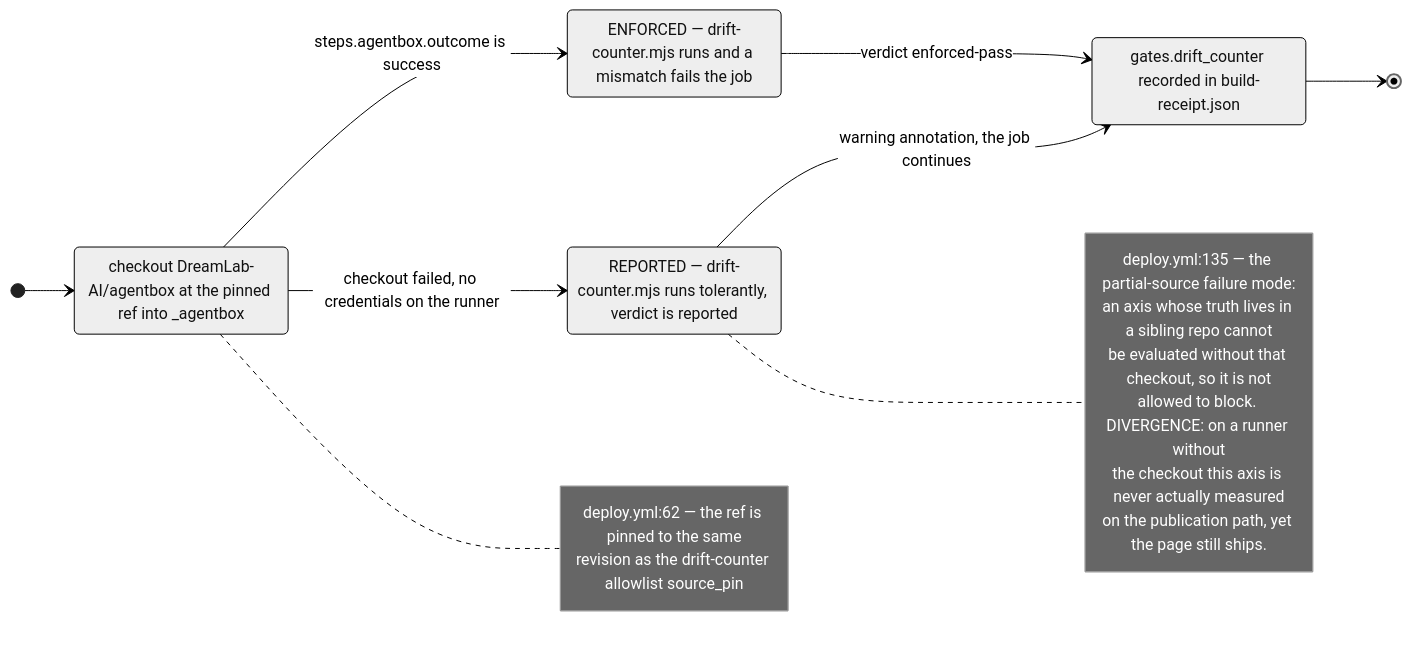
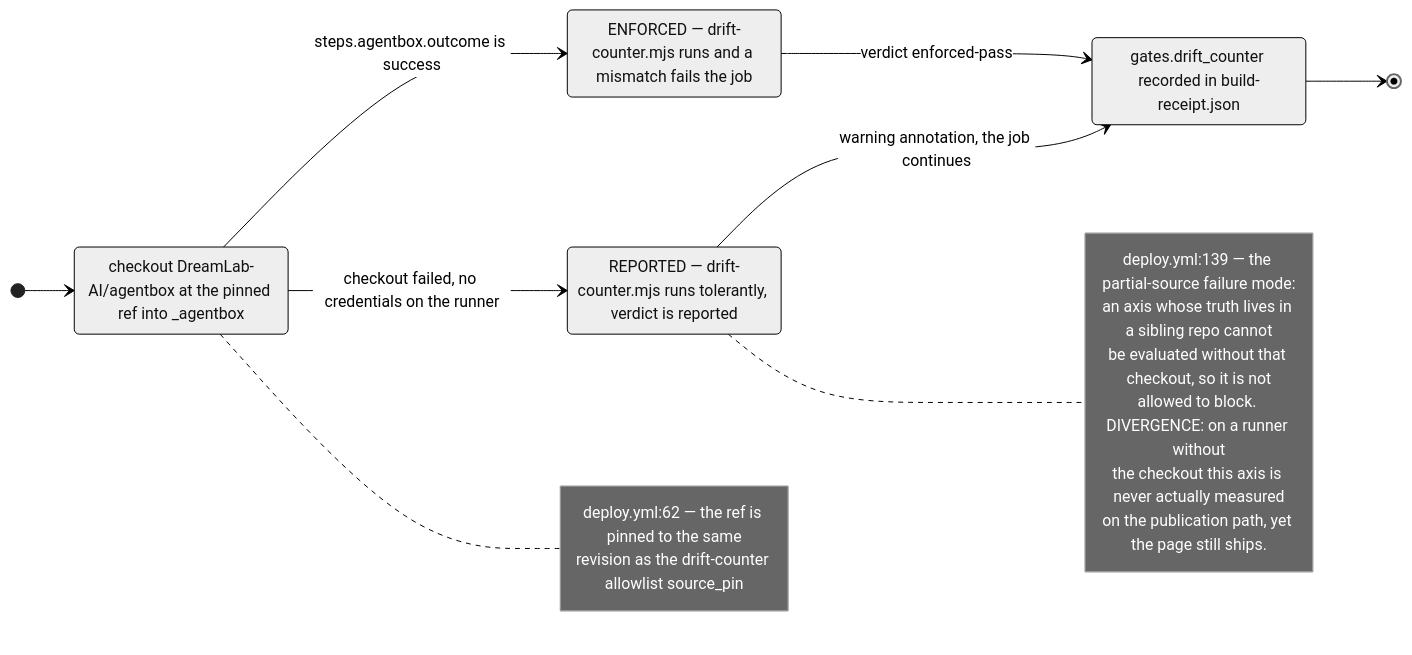
The eighth of 12 diagrams in docs/diagrams/visionflow/02-website-build-and-deploy.md (DreamLab-AI/VisionFlow), drawn with Mermaid (neutral theme) before and after one commit. The commit also changed other lines of this file and 20 other files, not shown here.

Commit message:
docs(diagrams): reflect the S-3, S-7c/d/f and S-4(3) fixes in the corpus

````diff
--- a/docs/diagrams/visionflow/02-website-build-and-deploy.md
+++ b/docs/diagrams/visionflow/02-website-build-and-deploy.md
@@ -245,26 +251,26 @@
 ```mermaid
 stateDiagram-v2
     direction LR
     [*] --> Attempt
     state "checkout DreamLab-AI/agentbox at the pinned ref into _agentbox" as Attempt
     Attempt --> Enforced : steps.agentbox.outcome is success
     Attempt --> Reported : checkout failed, no credentials on the runner
     state "ENFORCED — drift-counter.mjs runs and a mismatch fails the job" as Enforced
     state "REPORTED — drift-counter.mjs runs tolerantly, verdict is reported" as Reported
     Enforced --> Receipt : verdict enforced-pass
     Reported --> Receipt : warning annotation, the job continues
     state "gates.drift_counter recorded in build-receipt.json" as Receipt
     Receipt --> [*]
     note right of Attempt
       deploy.yml:62 — the ref is pinned to the same
       revision as the drift-counter allowlist source_pin
     end note
     note right of Reported
-      deploy.yml:135 — the partial-source failure mode:
+      deploy.yml:139 — the partial-source failure mode:
       an axis whose truth lives in a sibling repo cannot
       be evaluated without that checkout, so it is not
       allowed to block. DIVERGENCE: on a runner without
       the checkout this axis is never actually measured
       on the publication path, yet the page still ships.
     end note
 ```
````
